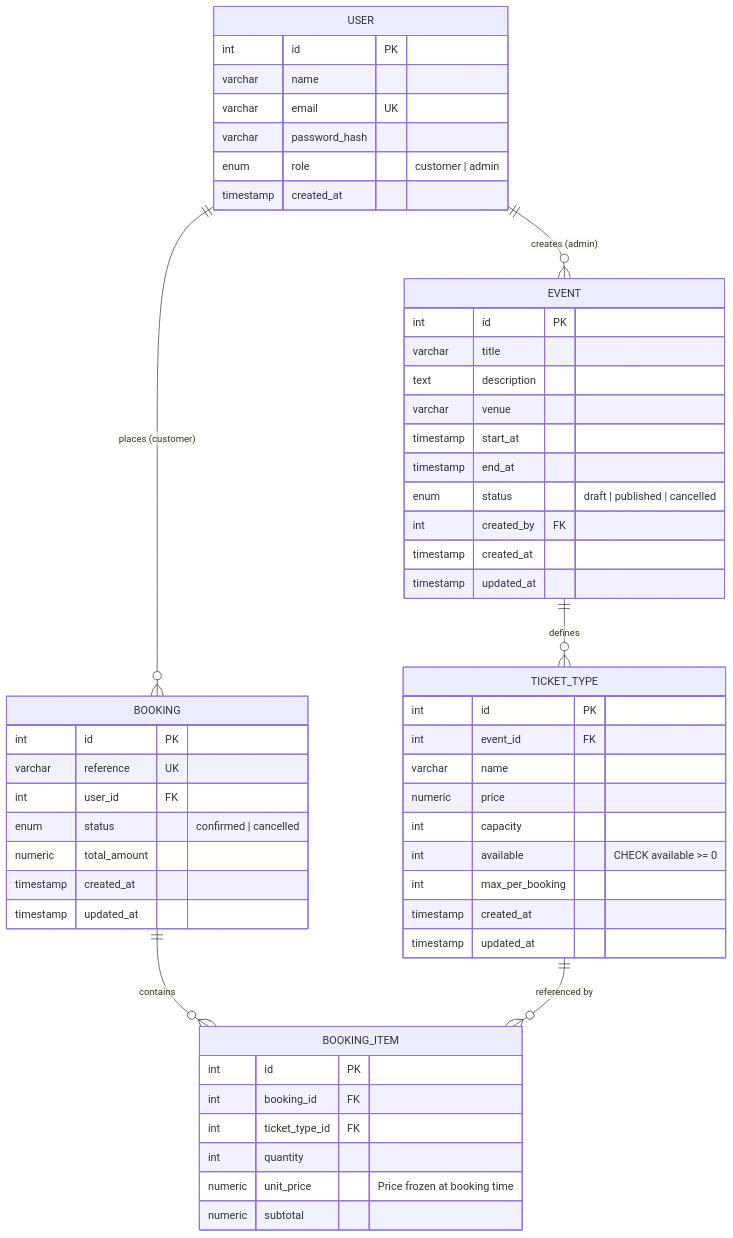
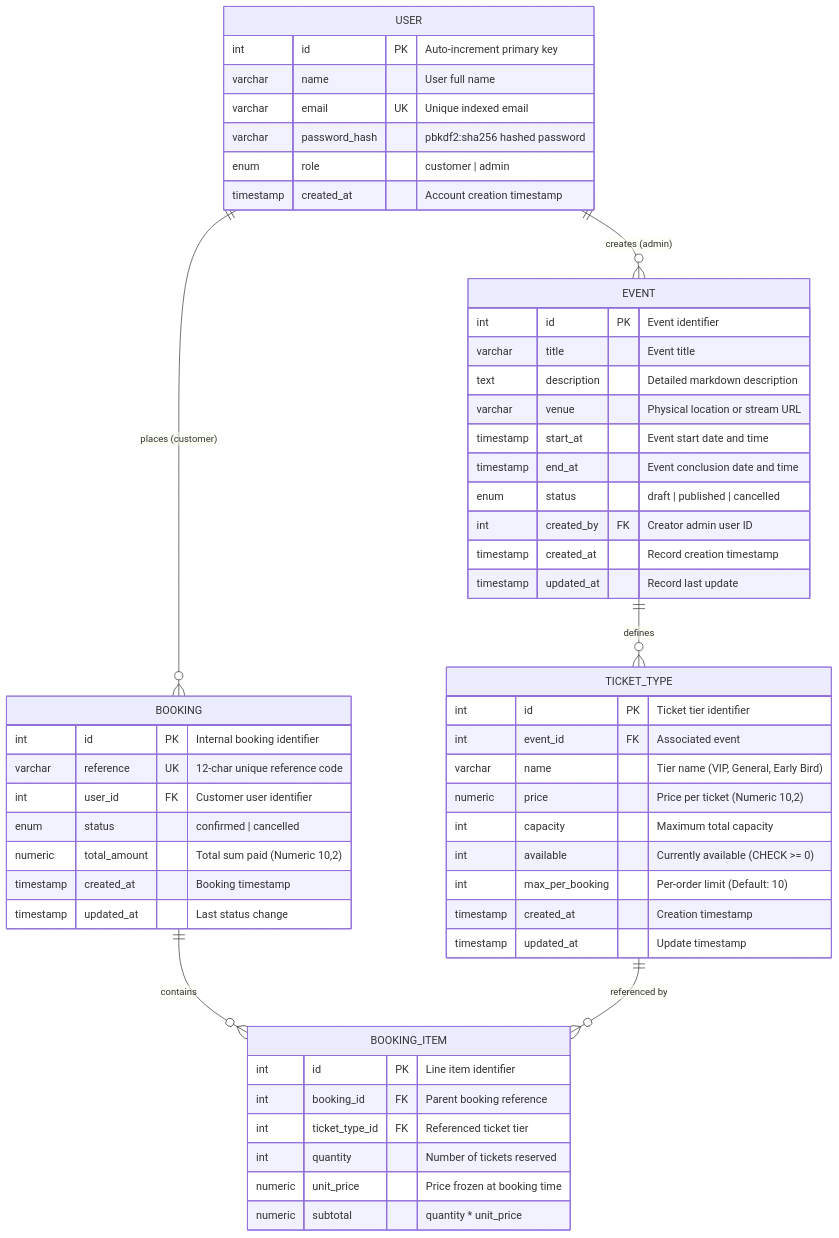
Before and after one commit to LonelyDreamer005/EventFlow: the third of 3 diagrams in README.md, drawn with Mermaid. The commit also changed other lines of this file, not shown here.

Commit message:
docs: enrich README with complete architecture diagrams, file tree, API payloads, concurrency model, and FAQ

````diff
--- a/README.md
+++ b/README.md
@@ -151,61 +182,61 @@
 ```mermaid
 erDiagram
     USER {
-        int id PK
-        varchar name
-        varchar email UK
-        varchar password_hash
+        int id PK "Auto-increment primary key"
+        varchar name "User full name"
+        varchar email UK "Unique indexed email"
+        varchar password_hash "pbkdf2:sha256 hashed password"
         enum role "customer | admin"
-        timestamp created_at
+        timestamp created_at "Account creation timestamp"
     }
 
     EVENT {
-        int id PK
-        varchar title
-        text description
-        varchar venue
-        timestamp start_at
-        timestamp end_at
+        int id PK "Event identifier"
+        varchar title "Event title"
+        text description "Detailed markdown description"
+        varchar venue "Physical location or stream URL"
+        timestamp start_at "Event start date and time"
+        timestamp end_at "Event conclusion date and time"
         enum status "draft | published | cancelled"
-        int created_by FK
-        timestamp created_at
-        timestamp updated_at
+        int created_by FK "Creator admin user ID"
+        timestamp created_at "Record creation timestamp"
+        timestamp updated_at "Record last update"
     }
 
     TICKET_TYPE {
-        int id PK
-        int event_id FK
-        varchar name
-        numeric price
-        int capacity
-        int available "CHECK available >= 0"
-        int max_per_booking
-        timestamp created_at
-        timestamp updated_at
+        int id PK "Ticket tier identifier"
+        int event_id FK "Associated event"
+        varchar name "Tier name (VIP, General, Early Bird)"
+        numeric price "Price per ticket (Numeric 10,2)"
+        int capacity "Maximum total capacity"
+        int available "Currently available (CHECK >= 0)"
+        int max_per_booking "Per-order limit (Default: 10)"
+        timestamp created_at "Creation timestamp"
+        timestamp updated_at "Update timestamp"
     }
 
     BOOKING {
-        int id PK
-        varchar reference UK
-        int user_id FK
+        int id PK "Internal booking identifier"
+        varchar reference UK "12-char unique reference code"
+        int user_id FK "Customer user identifier"
         enum status "confirmed | cancelled"
-        numeric total_amount
-        timestamp created_at
-        timestamp updated_at
+        numeric total_amount "Total sum paid (Numeric 10,2)"
+        timestamp created_at "Booking timestamp"
+        timestamp updated_at "Last status change"
     }
 
     BOOKING_ITEM {
-        int id PK
-        int booking_id FK
-        int ticket_type_id FK
-        int quantity
+        int id PK "Line item identifier"
+        int booking_id FK "Parent booking reference"
+        int ticket_type_id FK "Referenced ticket tier"
+        int quantity "Number of tickets reserved"
         numeric unit_price "Price frozen at booking time"
-        numeric subtotal
+        numeric subtotal "quantity * unit_price"
     }
 
     USER ||--o{ EVENT : "creates (admin)"
     USER ||--o{ BOOKING : "places (customer)"
     EVENT ||--o{ TICKET_TYPE : "defines"
     BOOKING ||--o{ BOOKING_ITEM : "contains"
     TICKET_TYPE ||--o{ BOOKING_ITEM : "referenced by"
 ```
````
